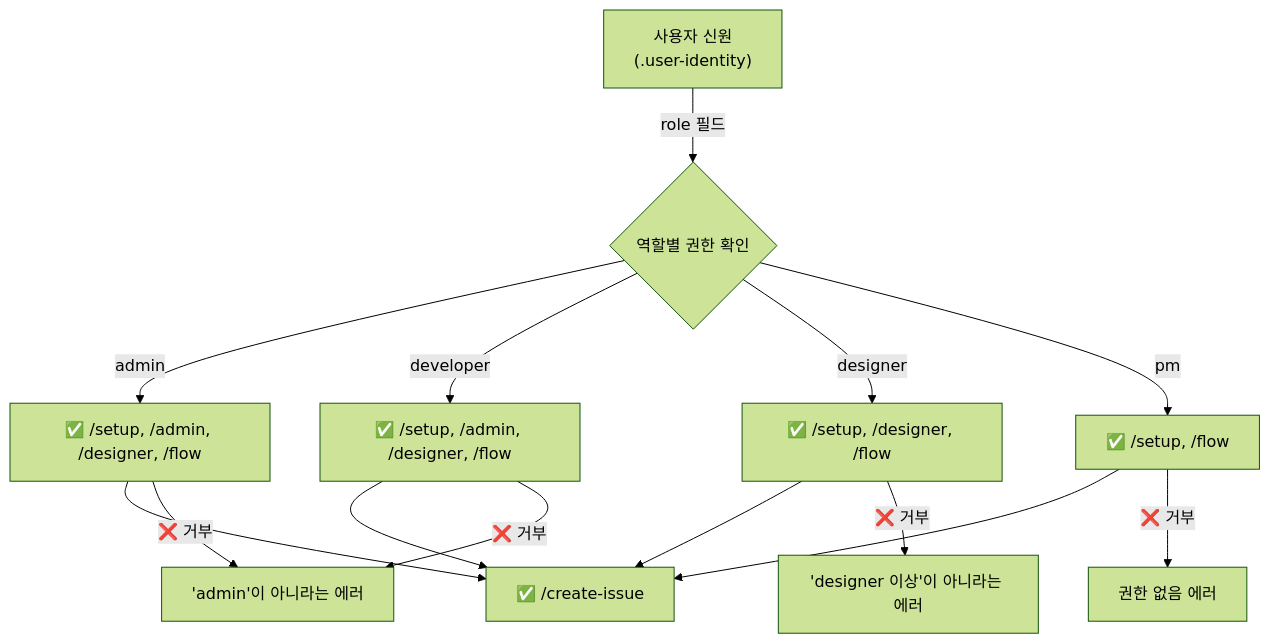
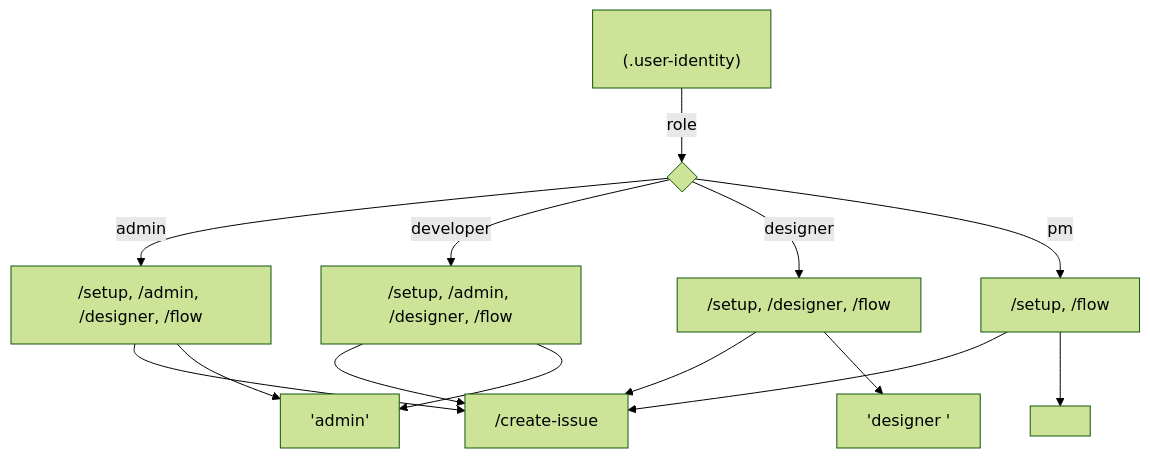
One commit to boydcog/service-flow-template changed the third of 3 diagrams in .claude/README.md. Above: the diagram before and after it, drawn with Mermaid (forest theme). The commit also changed other lines of this file and 25 other files, not shown here.

````diff
--- a/.claude/README.md
+++ b/.claude/README.md
@@ -222,17 +222,17 @@
 ```mermaid
 graph TB
-    A["사용자 신원<br/>(.user-identity)"]
-    A -->|role 필드| B{"역할별 권한 확인"}
+    A[" <br/>(.user-identity)"]
+    A -->|role | B{"  "}
 
-    B -->|admin| C["✅ /setup, /admin, /designer, /flow"]
-    B -->|developer| D["✅ /setup, /admin, /designer, /flow"]
-    B -->|designer| E["✅ /setup, /designer, /flow"]
-    B -->|pm| F["✅ /setup, /flow"]
+    B -->|admin| C[" /setup, /admin, /designer, /flow"]
+    B -->|developer| D[" /setup, /admin, /designer, /flow"]
+    B -->|designer| E[" /setup, /designer, /flow"]
+    B -->|pm| F[" /setup, /flow"]
 
-    C & D & E & F --> G["✅ /create-issue"]
+    C & D & E & F --> G[" /create-issue"]
 
-    C -->|❌ 거부| H["'admin'이 아니라는 에러"]
-    D -->|❌ 거부| H
-    E -->|❌ 거부| I["'designer 이상'이 아니라는 에러"]
-    F -->|❌ 거부| J["권한 없음 에러"]
+    C -->| | H["'admin'  "]
+    D -->| | H
+    E -->| | I["'designer '  "]
+    F -->| | J["  "]
 ```
````
